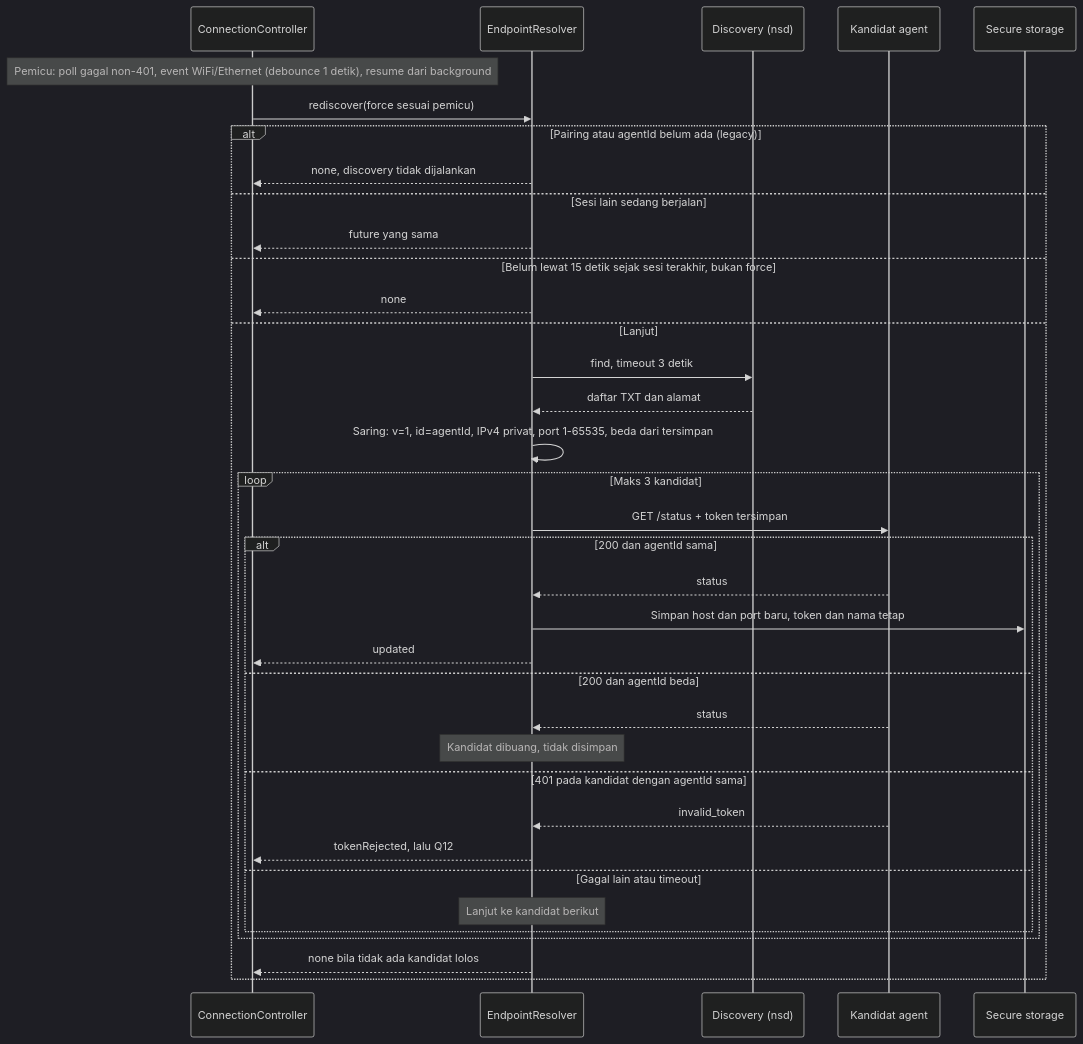
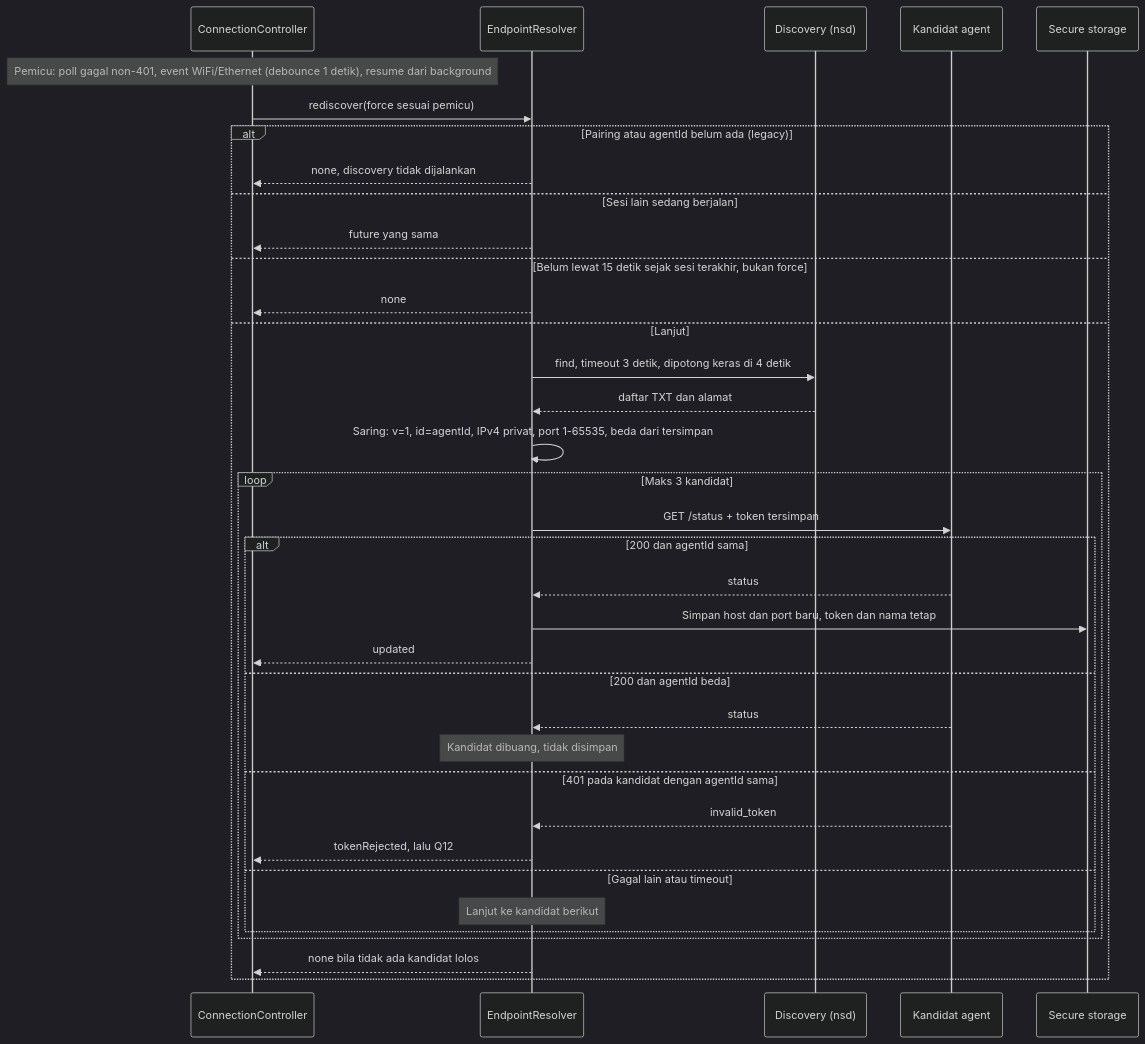
Before and after one commit to rzkykamil/remotto: the second of 2 diagrams in docs/flows/discovery-flow.md, drawn with Mermaid (dark theme). The commit also changed other lines of this file and 6 other files, not shown here.

````diff
--- a/docs/flows/discovery-flow.md
+++ b/docs/flows/discovery-flow.md
@@ -43,39 +43,39 @@
 ```mermaid
 sequenceDiagram
   participant C as ConnectionController
   participant R as EndpointResolver
   participant D as Discovery (nsd)
   participant G as Kandidat agent
   participant P as Secure storage
 
   Note over C: Pemicu: poll gagal non-401, event WiFi/Ethernet (debounce 1 detik), resume dari background
   C->>R: rediscover(force sesuai pemicu)
   alt Pairing atau agentId belum ada (legacy)
     R-->>C: none, discovery tidak dijalankan
   else Sesi lain sedang berjalan
     R-->>C: future yang sama
   else Belum lewat 15 detik sejak sesi terakhir, bukan force
     R-->>C: none
   else Lanjut
-    R->>D: find, timeout 3 detik
+    R->>D: find, timeout 3 detik, dipotong keras di 4 detik
     D-->>R: daftar TXT dan alamat
     R->>R: Saring: v=1, id=agentId, IPv4 privat, port 1-65535, beda dari tersimpan
     loop Maks 3 kandidat
       R->>G: GET /status + token tersimpan
       alt 200 dan agentId sama
         G-->>R: status
         R->>P: Simpan host dan port baru, token dan nama tetap
         R-->>C: updated
       else 200 dan agentId beda
         G-->>R: status
         Note over R: Kandidat dibuang, tidak disimpan
       else 401 pada kandidat dengan agentId sama
         G-->>R: invalid_token
         R-->>C: tokenRejected, lalu Q12
       else Gagal lain atau timeout
         Note over R: Lanjut ke kandidat berikut
       end
     end
     R-->>C: none bila tidak ada kandidat lolos
   end
 ```
````
